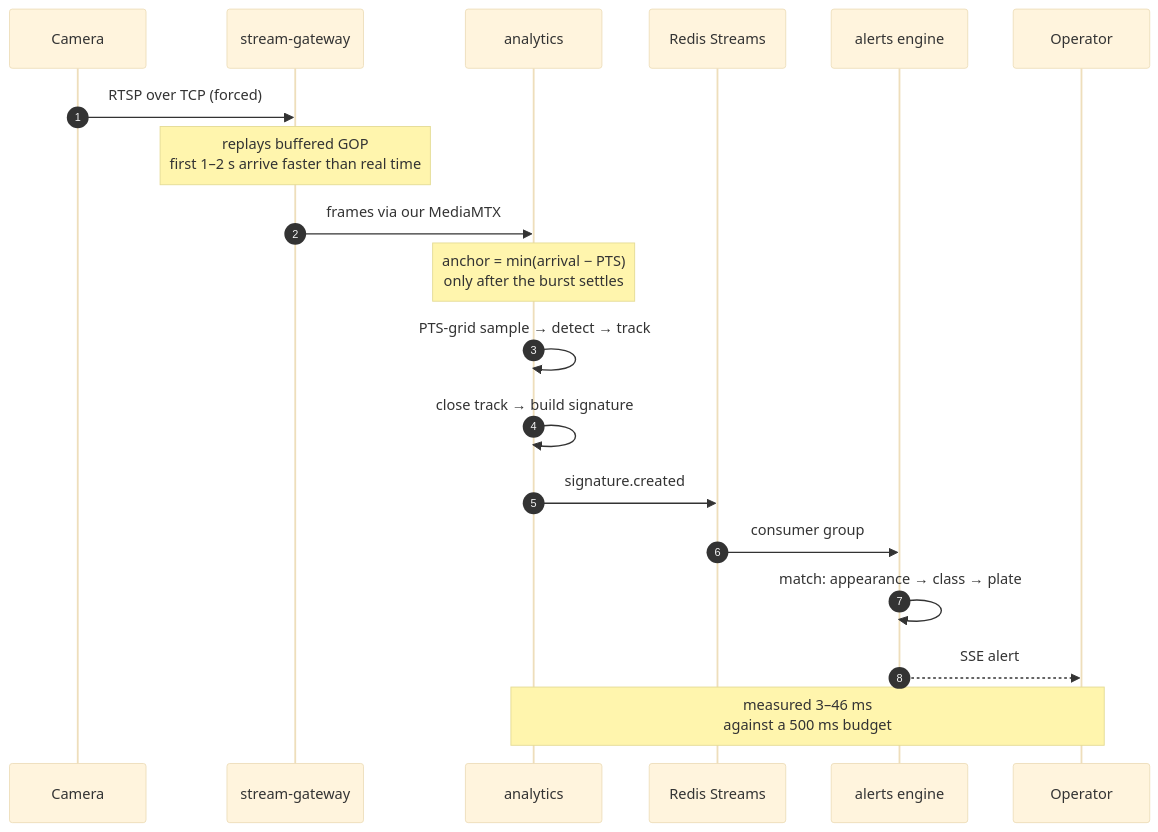
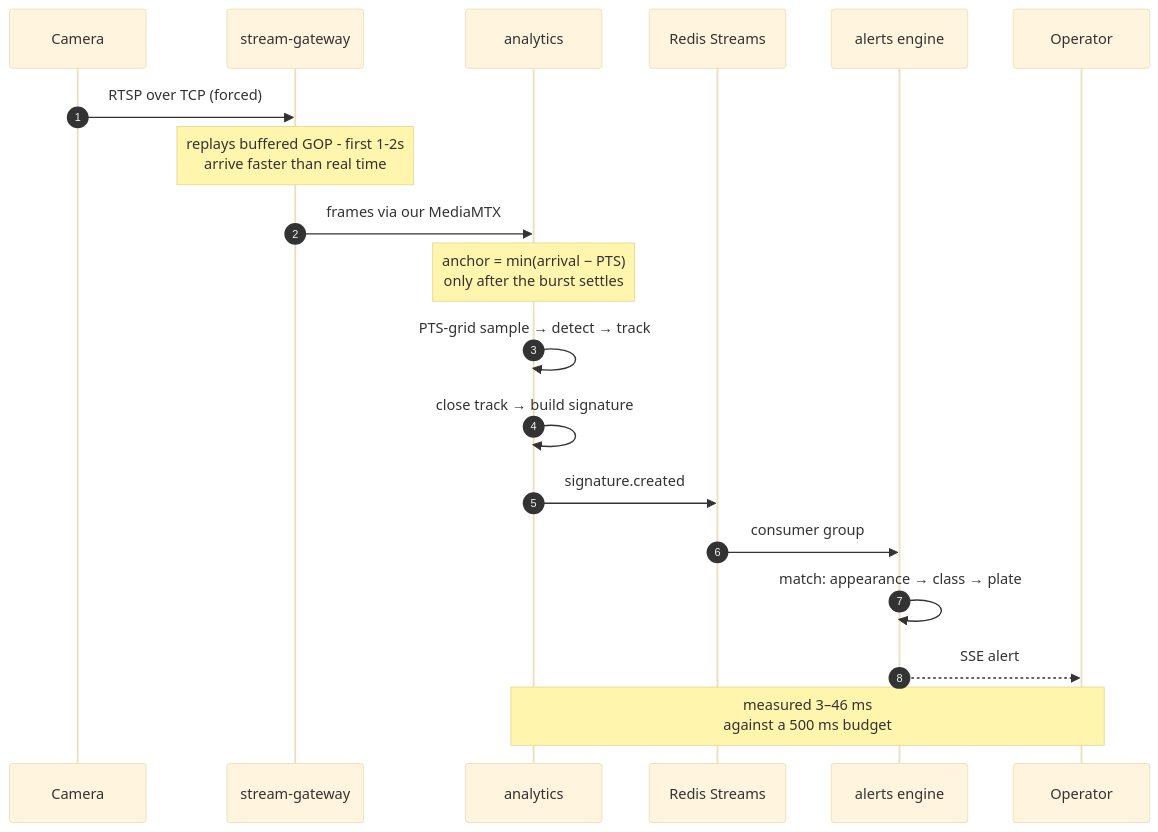
The second of 5 diagrams in README.md (Het161/DrishtiNet), drawn with Mermaid (base theme) before and after one commit. The commit also changed other lines of this file, not shown here.

First line of the commit message:
Rewrite the diagrams to survive GitHub's renderer

````diff
--- a/README.md
+++ b/README.md
@@ -148,22 +157,22 @@
 ```mermaid
 sequenceDiagram
     autonumber
     participant C as Camera
     participant G as stream-gateway
     participant A as analytics
     participant R as Redis Streams
     participant E as alerts engine
     participant O as Operator
 
     C->>G: RTSP over TCP (forced)
-    Note over G: replays buffered GOP<br/>first 1–2 s arrive faster than real time
+    Note over G: replays buffered GOP - first 1-2s<br/>arrive faster than real time
     G->>A: frames via our MediaMTX
     Note over A: anchor = min(arrival − PTS)<br/>only after the burst settles
     A->>A: PTS-grid sample → detect → track
     A->>A: close track → build signature
     A->>R: signature.created
     R->>E: consumer group
     E->>E: match: appearance → class → plate
     E-->>O: SSE alert
     Note over A,O: measured 3–46 ms<br/>against a 500 ms budget
 ```
````
